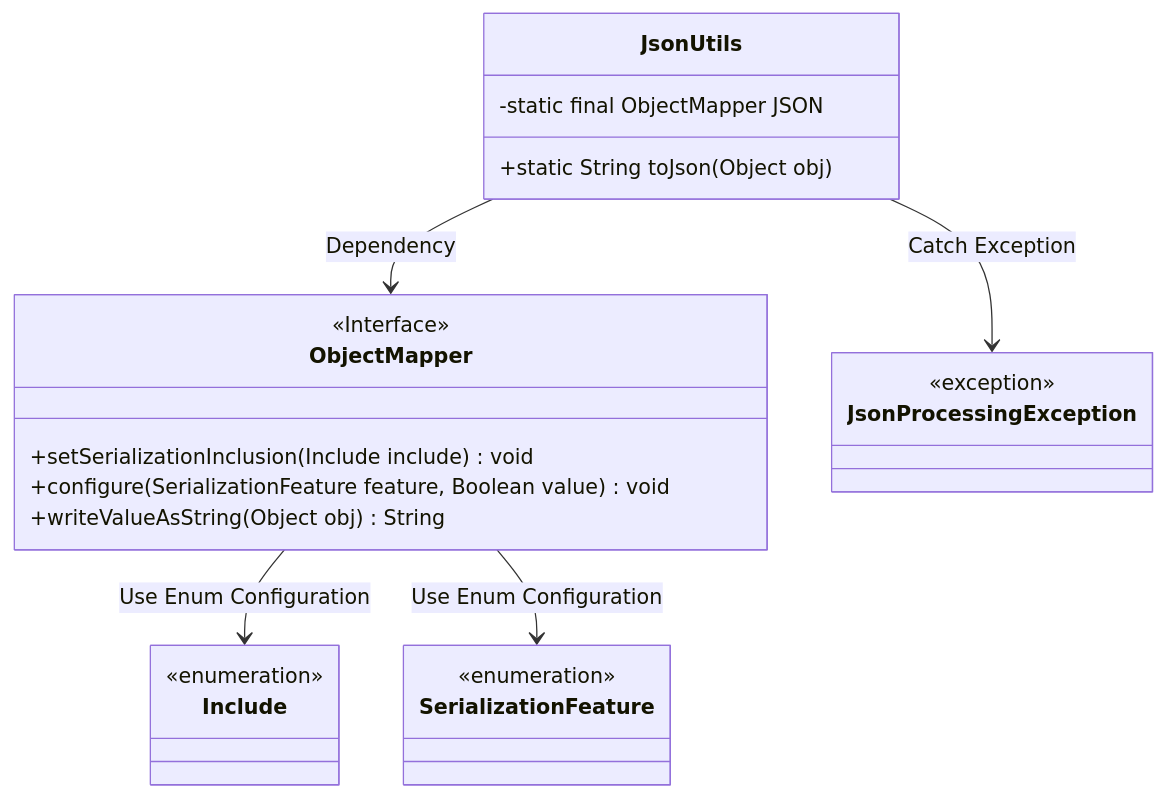
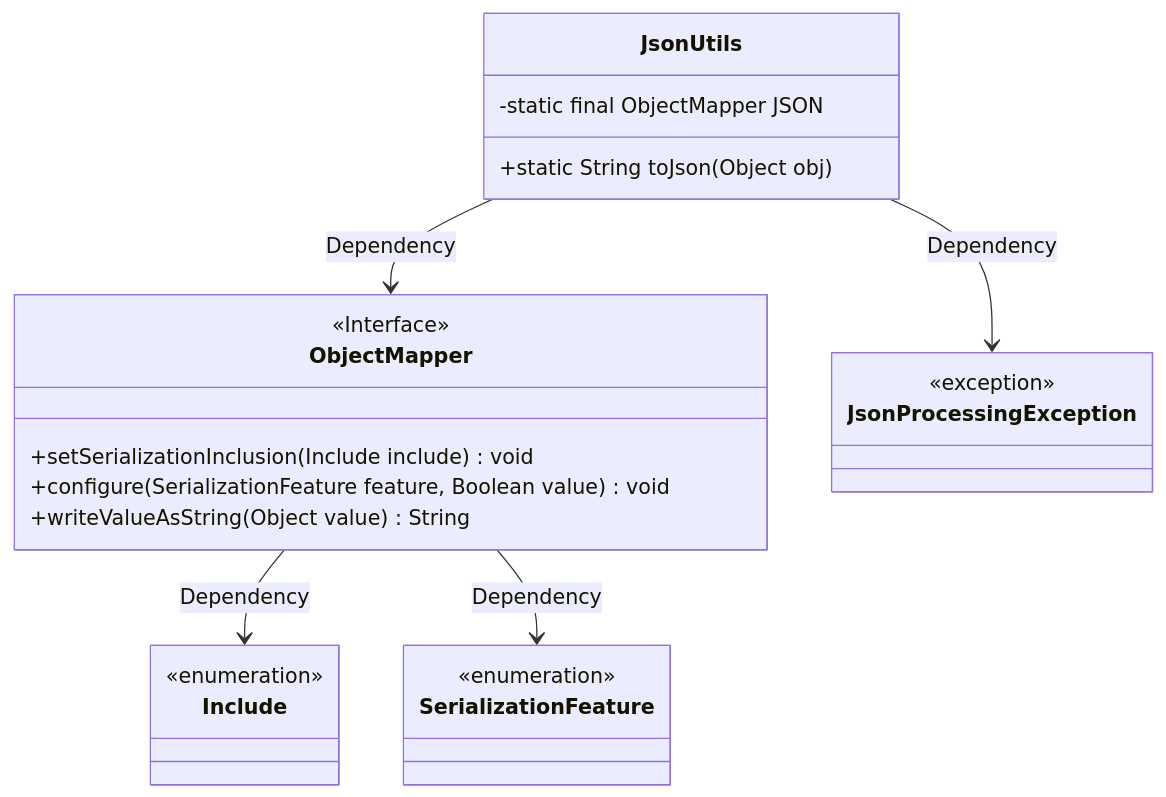
The first of 2 diagrams in docs/en/docs/src/main/java/com/github/binarywang/demo/wx/miniapp/utils/JsonUtils.md (v-wjrong/binary_weixin-java-miniapp-demo), drawn with Mermaid before and after one commit. The commit also changed other lines of this file and 47 other files, not shown here.

````diff
--- a/docs/en/docs/src/main/java/com/github/binarywang/demo/wx/miniapp/utils/JsonUtils.md
+++ b/docs/en/docs/src/main/java/com/github/binarywang/demo/wx/miniapp/utils/JsonUtils.md
@@ -36,31 +36,31 @@
 ```mermaid
 classDiagram
     class JsonUtils {
         -static final ObjectMapper JSON
         +static String toJson(Object obj)
     }
 
     class ObjectMapper {
         <<Interface>>
         +setSerializationInclusion(Include include) void
         +configure(SerializationFeature feature, Boolean value) void
-        +writeValueAsString(Object obj) String
+        +writeValueAsString(Object value) String
     }
 
     class Include {
         <<enumeration>>
     }
 
     class SerializationFeature {
         <<enumeration>>
     }
 
     class JsonProcessingException {
         <<exception>>
     }
 
     JsonUtils --> ObjectMapper : Dependency
-    JsonUtils --> JsonProcessingException : Catch Exception
-    ObjectMapper --> Include : Use Enum Configuration
-    ObjectMapper --> SerializationFeature : Use Enum Configuration
+    JsonUtils --> JsonProcessingException : Dependency
+    ObjectMapper --> Include : Dependency
+    ObjectMapper --> SerializationFeature : Dependency
 ```
````
